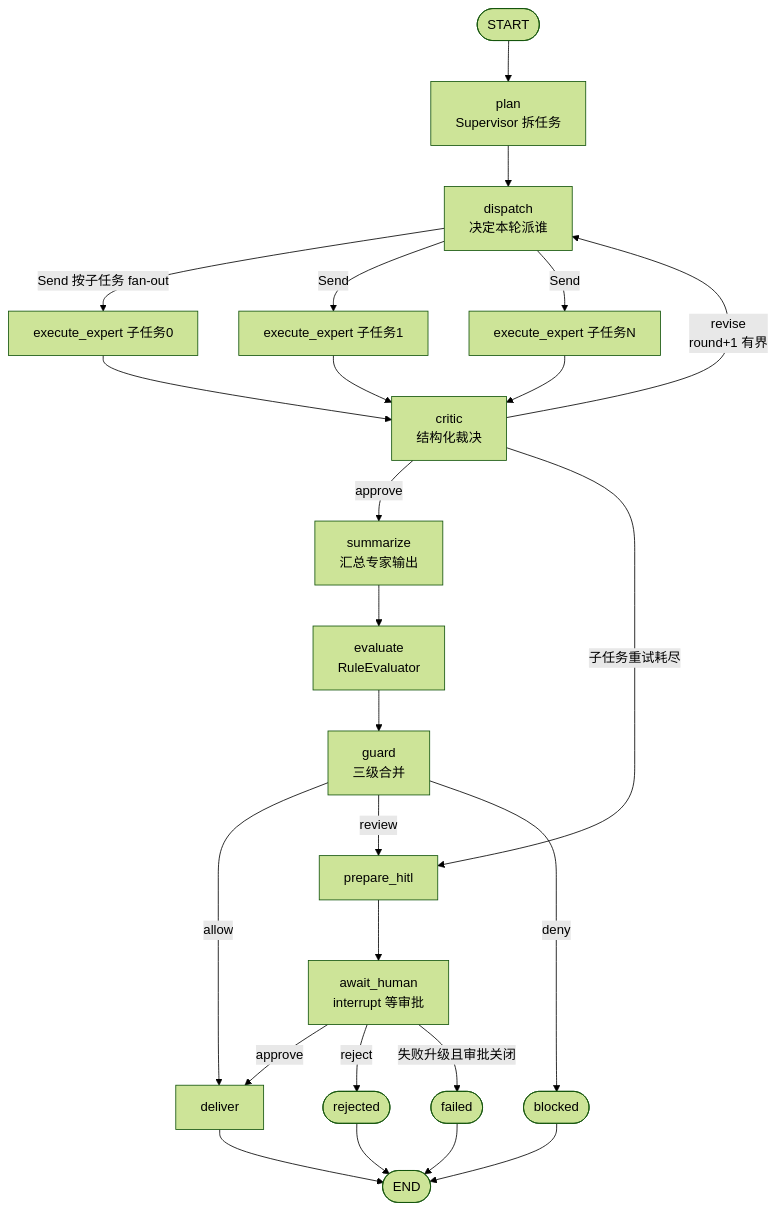
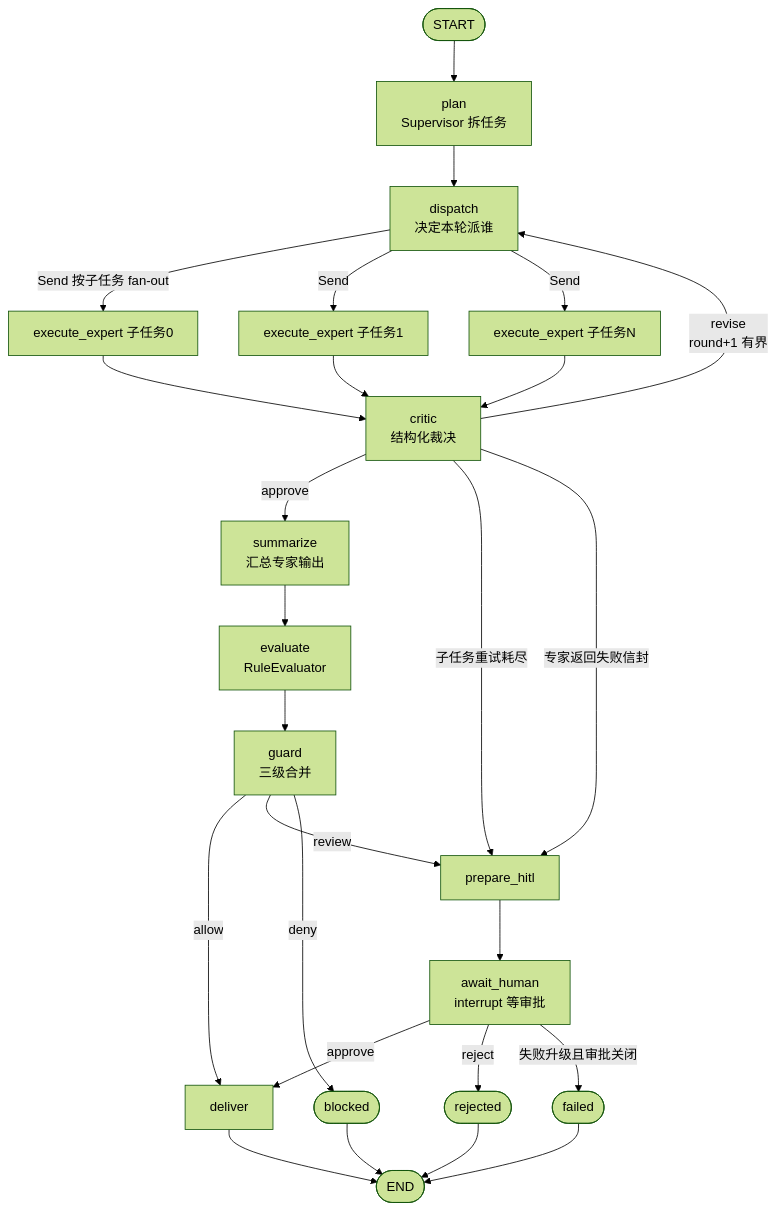
Before and after one commit to shing26/moa-gateway: the diagram in docs/multi-agent-collaboration.md, drawn with Mermaid (forest theme). The commit also changed other lines of this file and 1 other file, not shown here.

````diff
--- a/docs/multi-agent-collaboration.md
+++ b/docs/multi-agent-collaboration.md
@@ -23,27 +23,28 @@
 ```mermaid
 flowchart TD
     START([START]) --> plan[plan<br/>Supervisor 拆任务]
     plan --> dispatch[dispatch<br/>决定本轮派谁]
     dispatch -->|Send 按子任务 fan-out| ex1[execute_expert 子任务0]
     dispatch -->|Send| ex2[execute_expert 子任务1]
     dispatch -->|Send| ex3[execute_expert 子任务N]
     ex1 --> critic[critic<br/>结构化裁决]
     ex2 --> critic
     ex3 --> critic
     critic -->|revise<br/>round+1 有界| dispatch
     critic -->|approve| summarize[summarize<br/>汇总专家输出]
     critic -->|子任务重试耗尽| hitl[prepare_hitl]
+    critic -->|专家返回失败信封| hitl
     summarize --> evaluate[evaluate<br/>RuleEvaluator]
     evaluate --> guard[guard<br/>三级合并]
     guard -->|allow| deliver[deliver]
     guard -->|review| hitl
     guard -->|deny| blocked([blocked])
     hitl --> awaitH[await_human<br/>interrupt 等审批]
     awaitH -->|approve| deliver
     awaitH -->|reject| rejected([rejected])
     awaitH -->|失败升级且审批关闭| failed([failed])
     deliver --> END([END])
     blocked --> END
     rejected --> END
     failed --> END
 ```
````
